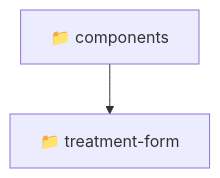
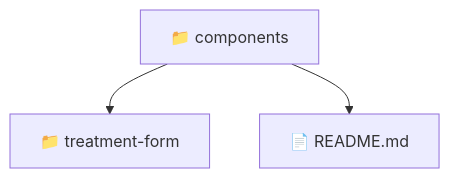
Before and after one commit to beginwebdev2002/fullstack-mavluda: the diagram in frontend/src/pages/treatments/components/README.md, drawn with Mermaid. The commit also changed other lines of this file and 158 other files, not shown here.

First line of the commit message:
chore: autogenerate luxury professional README.md files for full architectural transparency

````diff
--- a/frontend/src/pages/treatments/components/README.md
+++ b/frontend/src/pages/treatments/components/README.md
@@ -11,5 +11,6 @@
 ```mermaid
 graph TD
   Root["📁 components"]
-  Root --> treatment-form["📁 treatment-form"]
+  Root --> treatment_form["📁 treatment-form"]
+  Root --> README_md["📄 README.md"]
 ```
````
